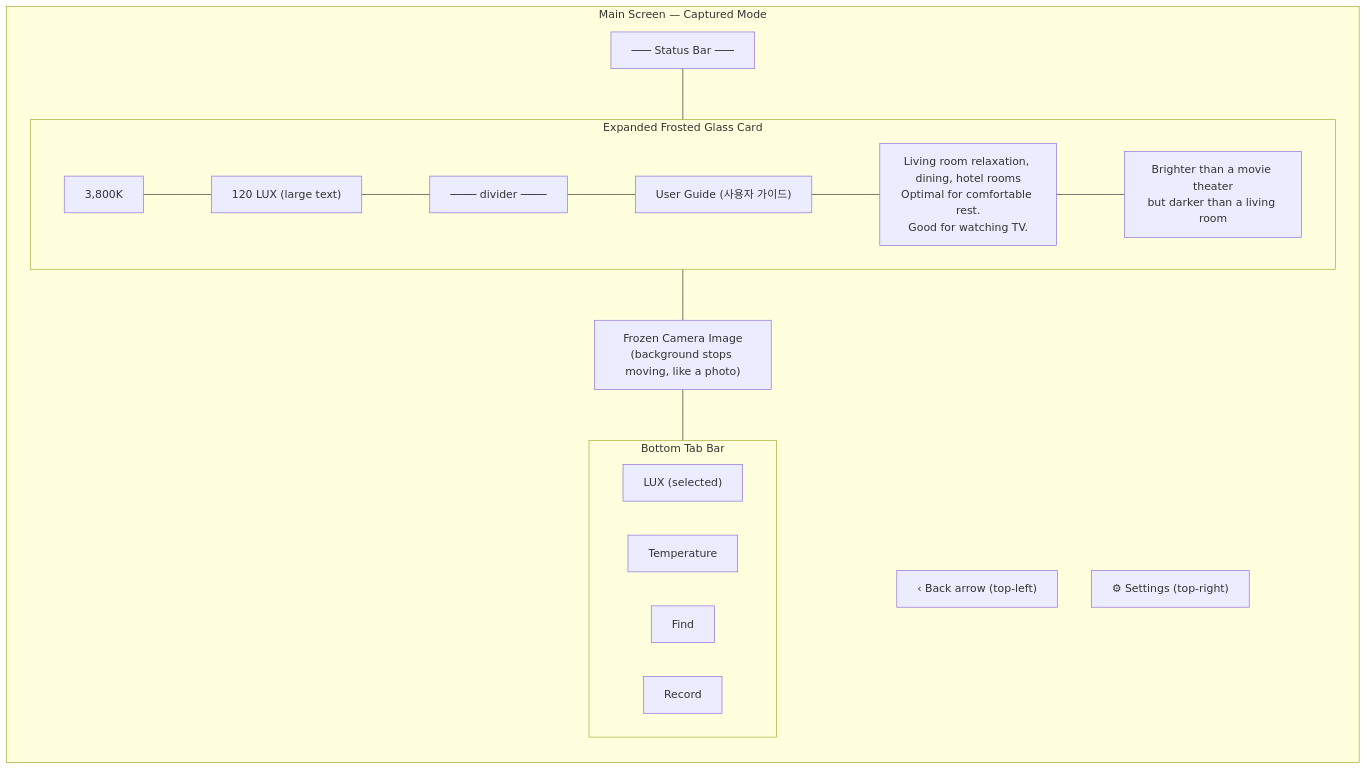
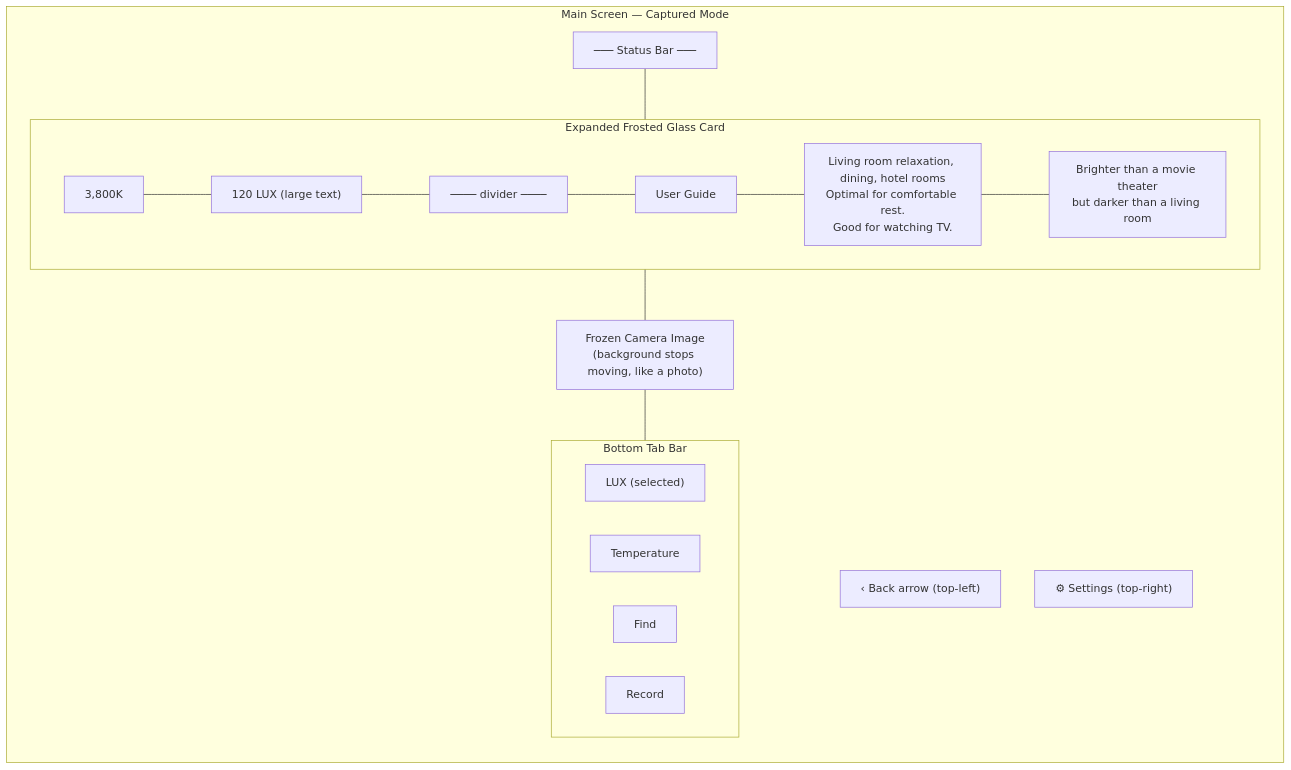
The second of 7 diagrams in Light-Meter-Spec-EN.md (minho5889/light-meter), drawn with Mermaid before and after one commit. The commit also changed other lines of this file, not shown here.

````diff
--- a/Light-Meter-Spec-EN.md
+++ b/Light-Meter-Spec-EN.md
@@ -213,27 +164,27 @@
 ```mermaid
 graph TD
     subgraph "Main Screen — Captured Mode"
         direction TB
         SB2["─── Status Bar ───"]
         BACK["‹ Back arrow (top-left)"]
         GEAR2["⚙ Settings (top-right)"]
         SB2 --- CARD2
         subgraph CARD2["Expanded Frosted Glass Card"]
             K2["3,800K"]
             LUX2["120 LUX (large text)"]
             DIV["──── divider ────"]
-            GUIDE["User Guide (사용자 가이드)"]
+            GUIDE["User Guide"]
             DESC["Living room relaxation, dining, hotel rooms<br/>Optimal for comfortable rest.<br/>Good for watching TV."]
             CONTEXT["Brighter than a movie theater<br/>but darker than a living room"]
             K2 --- LUX2 --- DIV --- GUIDE --- DESC --- CONTEXT
         end
         CARD2 --- FROZEN_BG["Frozen Camera Image<br/>(background stops moving, like a photo)"]
         FROZEN_BG --- TAB2
         subgraph TAB2["Bottom Tab Bar"]
             T2_1["LUX (selected)"]
             T2_2["Temperature"]
             T2_3["Find"]
             T2_4["Record"]
         end
     end
 ```
````
